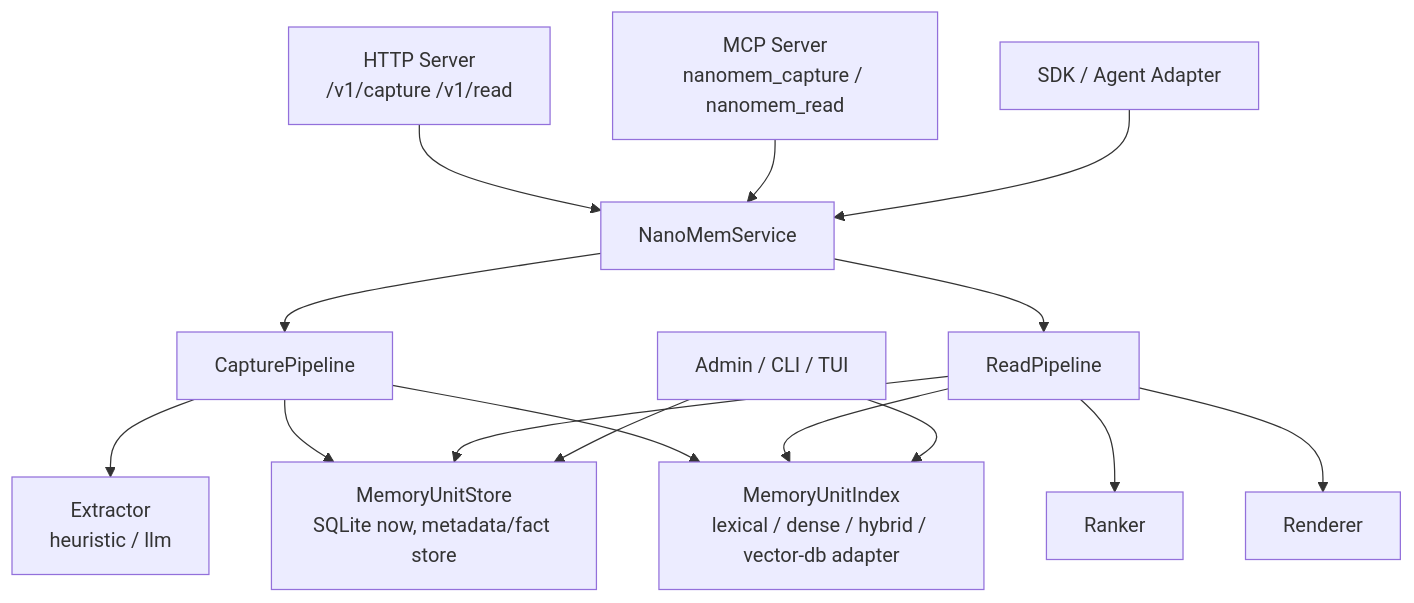
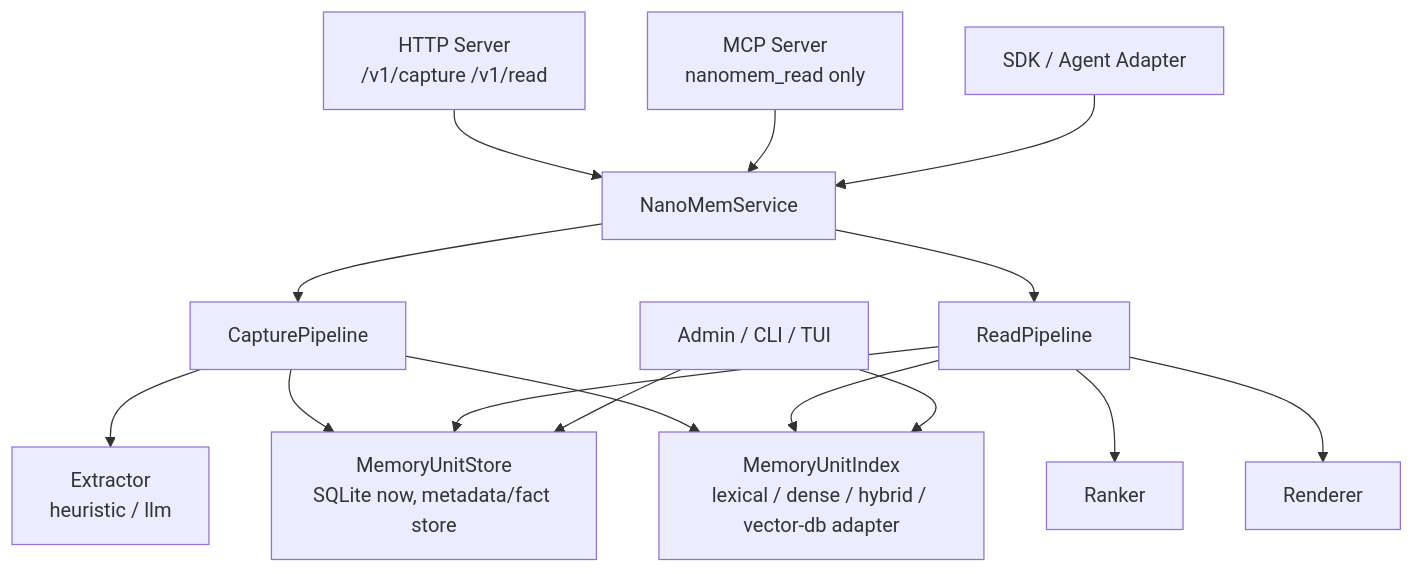
One commit to Linzwcs/nanomem changed the second of 5 diagrams in docs/architecture-overview.md. Above: the diagram before and after it, drawn with Mermaid. The commit also changed 20 other files, not shown here.

Commit message:
Refine agent hook memory flow

````diff
--- a/docs/architecture-overview.md
+++ b/docs/architecture-overview.md
@@ -40,30 +40,30 @@
 ```mermaid
 flowchart TB
   HTTP[HTTP Server<br/>/v1/capture /v1/read]
-  MCP[MCP Server<br/>nanomem_capture / nanomem_read]
+  MCP[MCP Server<br/>nanomem_read only]
   SDK[SDK / Agent Adapter]
   Service[NanoMemService]
   Capture[CapturePipeline]
   Read[ReadPipeline]
   Extractor[Extractor<br/>heuristic / llm]
   Store[MemoryUnitStore<br/>SQLite now, metadata/fact store]
   Index[MemoryUnitIndex<br/>lexical / dense / hybrid / vector-db adapter]
   Ranker[Ranker]
   Renderer[Renderer]
   Admin[Admin / CLI / TUI]
 
   HTTP --> Service
   MCP --> Service
   SDK --> Service
   Service --> Capture
   Service --> Read
   Capture --> Extractor
   Capture --> Store
   Capture --> Index
   Read --> Index
   Read --> Store
   Read --> Ranker
   Read --> Renderer
   Admin --> Store
   Admin --> Index
 ```
````
